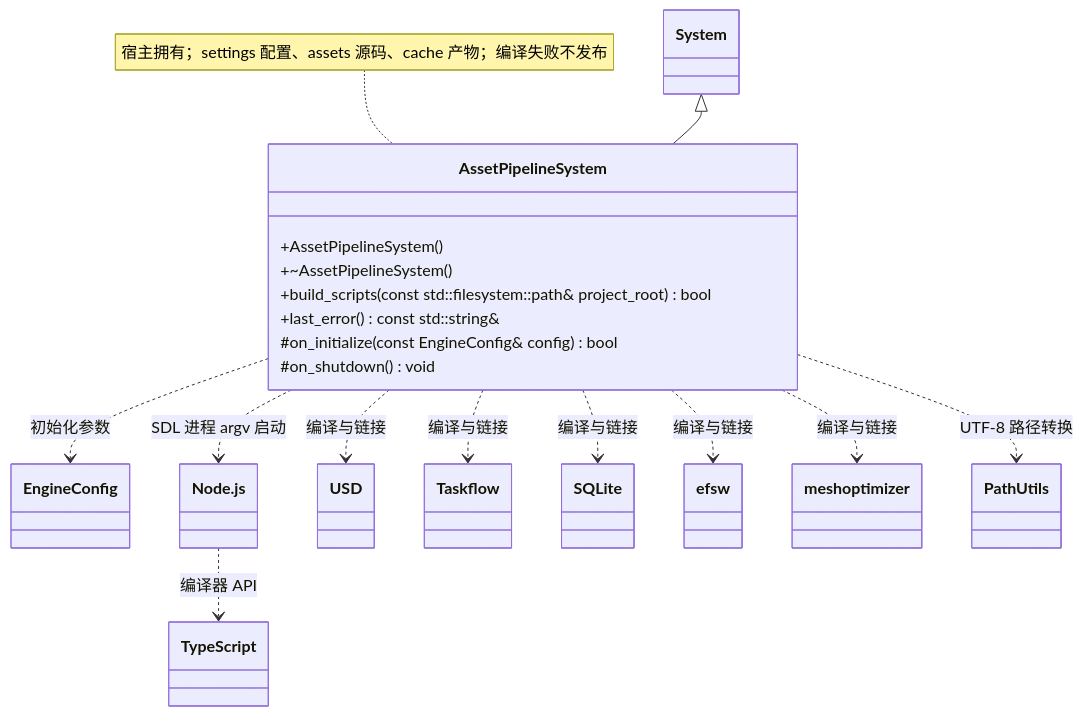
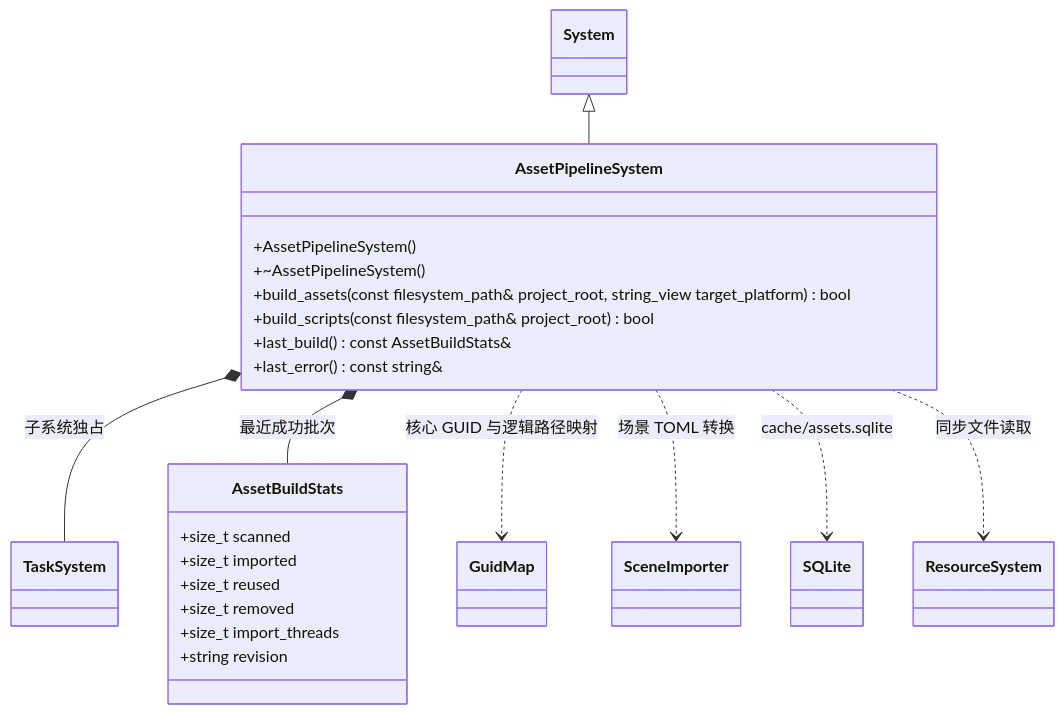
One commit to lcals/Engine changed the diagram in docs/editor/class-diagrams/asset-pipeline-system.md. Above: the diagram before and after it, drawn with Mermaid. The commit also changed other lines of this file and 114 other files, not shown here.

Commit message:
feat: add GUID asset pipeline and full resource synchronization

````diff
--- a/docs/editor/class-diagrams/asset-pipeline-system.md
+++ b/docs/editor/class-diagrams/asset-pipeline-system.md
@@ -7,33 +5,32 @@
 ```mermaid
 classDiagram
-    direction TB
+    class System
     class AssetPipelineSystem {
         +AssetPipelineSystem()
         +~AssetPipelineSystem()
-        +build_scripts(const std::filesystem::path& project_root) bool
-        +last_error() const std::string&
-        #on_initialize(const EngineConfig& config) bool
-        #on_shutdown() void
+        +build_assets(const filesystem_path& project_root, string_view target_platform) bool
+        +build_scripts(const filesystem_path& project_root) bool
+        +last_build() const AssetBuildStats&
+        +last_error() const string&
     }
-    class System
-    class EngineConfig
-    class NodeJs["Node.js"]
-    class TypeScript
-    class USD
-    class Taskflow
+    class AssetBuildStats {
+        +size_t scanned
+        +size_t imported
+        +size_t reused
+        +size_t removed
+        +size_t import_threads
+        +string revision
+    }
+    class TaskSystem
+    class GuidMap
+    class SceneImporter
     class SQLite
-    class efsw
-    class meshoptimizer
+    class ResourceSystem
     System <|-- AssetPipelineSystem
-    AssetPipelineSystem ..> EngineConfig : 初始化参数
-    AssetPipelineSystem ..> NodeJs : SDL 进程 argv 启动
-    NodeJs ..> TypeScript : 编译器 API
-    AssetPipelineSystem ..> USD : 编译与链接
-    AssetPipelineSystem ..> Taskflow : 编译与链接
-    AssetPipelineSystem ..> SQLite : 编译与链接
-    AssetPipelineSystem ..> efsw : 编译与链接
-    AssetPipelineSystem ..> meshoptimizer : 编译与链接
-    note for AssetPipelineSystem "宿主拥有；settings 配置、assets 源码、cache 产物；编译失败不发布"
-    class PathUtils
-    AssetPipelineSystem ..> PathUtils : UTF-8 路径转换
+    AssetPipelineSystem *-- TaskSystem : 子系统独占
+    AssetPipelineSystem *-- AssetBuildStats : 最近成功批次
+    AssetPipelineSystem ..> GuidMap : 核心 GUID 与逻辑路径映射
+    AssetPipelineSystem ..> SceneImporter : 场景 TOML 转换
+    AssetPipelineSystem ..> SQLite : cache/assets.sqlite
+    AssetPipelineSystem ..> ResourceSystem : 同步文件读取
 ```
````
